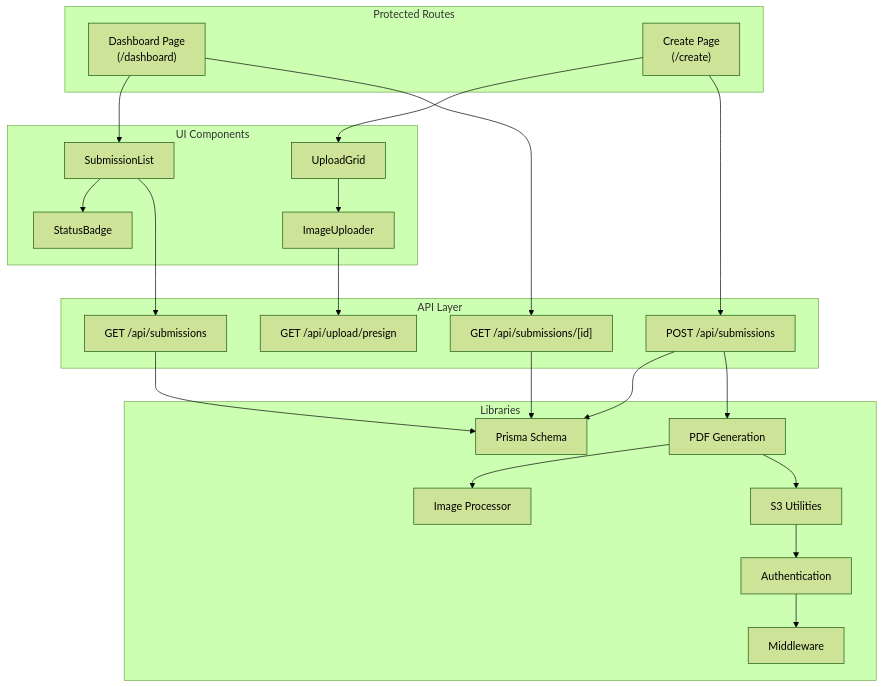
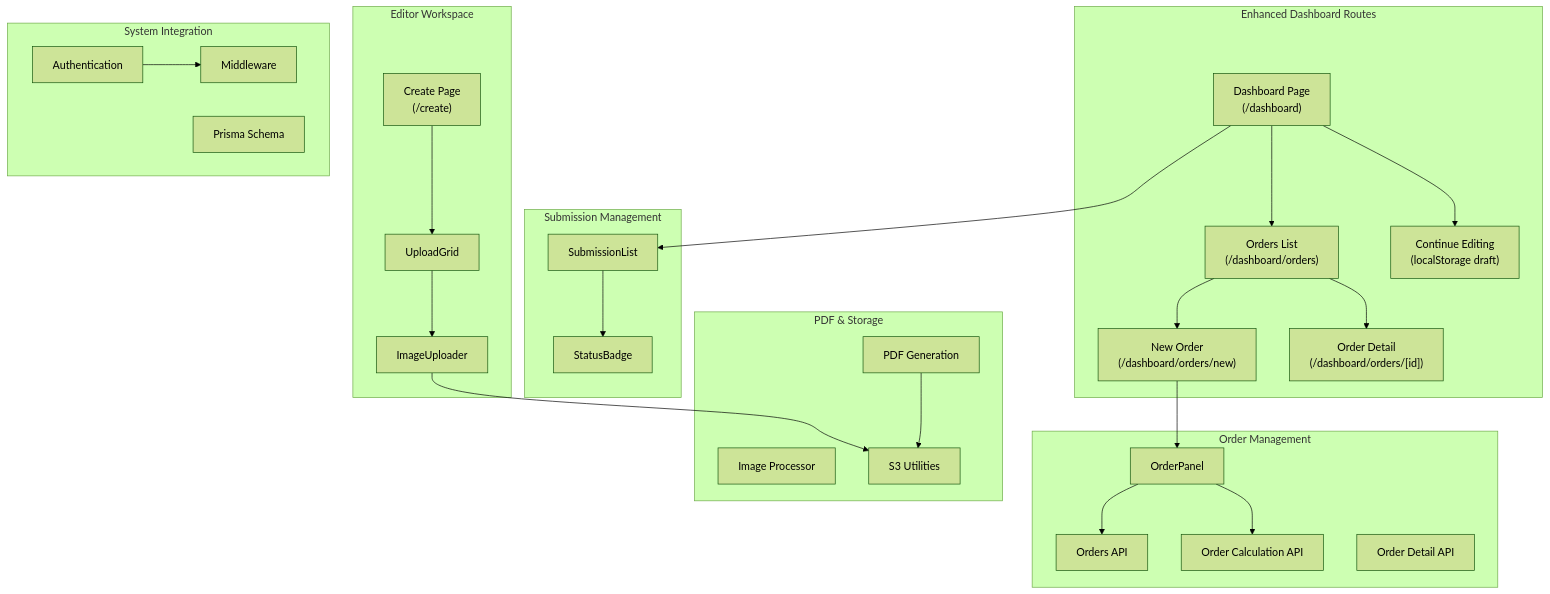
One commit to Crowdspender/titchybooks-app changed the first of 9 diagrams in .qoder/repowiki/en/content/User Dashboard/User Dashboard.md. Above: the diagram before and after it, drawn with Mermaid (forest theme). The commit also changed other lines of this file and 62 other files, not shown here.

````diff
--- a/.qoder/repowiki/en/content/User Dashboard/User Dashboard.md
+++ b/.qoder/repowiki/en/content/User Dashboard/User Dashboard.md
@@ -40,43 +57,49 @@
 ```mermaid
 graph TB
-subgraph "Protected Routes"
+subgraph "Enhanced Dashboard Routes"
 D["Dashboard Page<br/>(/dashboard)"]
-C["Create Page<br/>(/create)"]
+OD["Orders List<br/>(/dashboard/orders)"]
+ON["New Order<br/>(/dashboard/orders/new)"]
+OQ["Order Detail<br/>(/dashboard/orders/[id])"]
+CE["Continue Editing<br/>(localStorage draft)"]
 end
-subgraph "UI Components"
+subgraph "Submission Management"
 SL["SubmissionList"]
 SB["StatusBadge"]
+end
+subgraph "Order Management"
+OP["OrderPanel"]
+OA["Orders API"]
+OC["Order Calculation API"]
+OID["Order Detail API"]
+end
+subgraph "Editor Workspace"
+CP["Create Page<br/>(/create)"]
 UG["UploadGrid"]
 IU["ImageUploader"]
 end
-subgraph "API Layer"
-SA["GET /api/submissions"]
-SD["GET /api/submissions/[id]"]
-SU["POST /api/submissions"]
-SP["GET /api/upload/presign"]
-end
-subgraph "Libraries"
+subgraph "PDF & Storage"
 PDF["PDF Generation"]
 IMG["Image Processor"]
 S3["S3 Utilities"]
+end
+subgraph "System Integration"
 AUTH["Authentication"]
 MW["Middleware"]
 PRISMA["Prisma Schema"]
 end
 D --> SL
+D --> OD
+D --> CE
+OD --> ON
+OD --> OQ
+ON --> OP
+OP --> OA
+OP --> OC
 SL --> SB
-C --> UG
+CP --> UG
 UG --> IU
-SL --> SA
-D --> SD
-C --> SU
-IU --> SP
-SA --> PRISMA
-SD --> PRISMA
-SU --> PRISMA
-SU --> PDF
-PDF --> IMG
+IU --> S3
 PDF --> S3
-S3 --> AUTH
 AUTH --> MW
 ```
````
